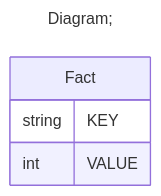
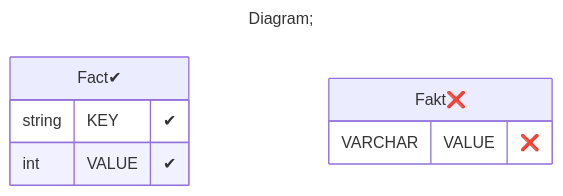
One commit to xmla-services/workground changed the third of 3 diagrams in demo/server/catalogs/tutorial_01-01_Cube_IncorrectDatabaseTableReference/README.MD. Above: the diagram before and after it, drawn with Mermaid. The commit also changed 44 other files, not shown here.

Commit message:
tutorials. add flags (positive, negative) in database diagram Signed-off-by: dbulahov <bulahovdenis@gmail.com>

````diff
--- a/demo/server/catalogs/tutorial_01-01_Cube_IncorrectDatabaseTableReference/README.MD
+++ b/demo/server/catalogs/tutorial_01-01_Cube_IncorrectDatabaseTableReference/README.MD
@@ -59,11 +59,14 @@
 ```mermaid
 ---
 title: Diagram;
 ---
 erDiagram
-Fact{
-string KEY
-int VALUE
+"Fact✔"{
+string KEY "✔"
+int VALUE "✔"
+}
+"Fakt❌"{
+VARCHAR VALUE "❌"
 }
 
 ```
````
